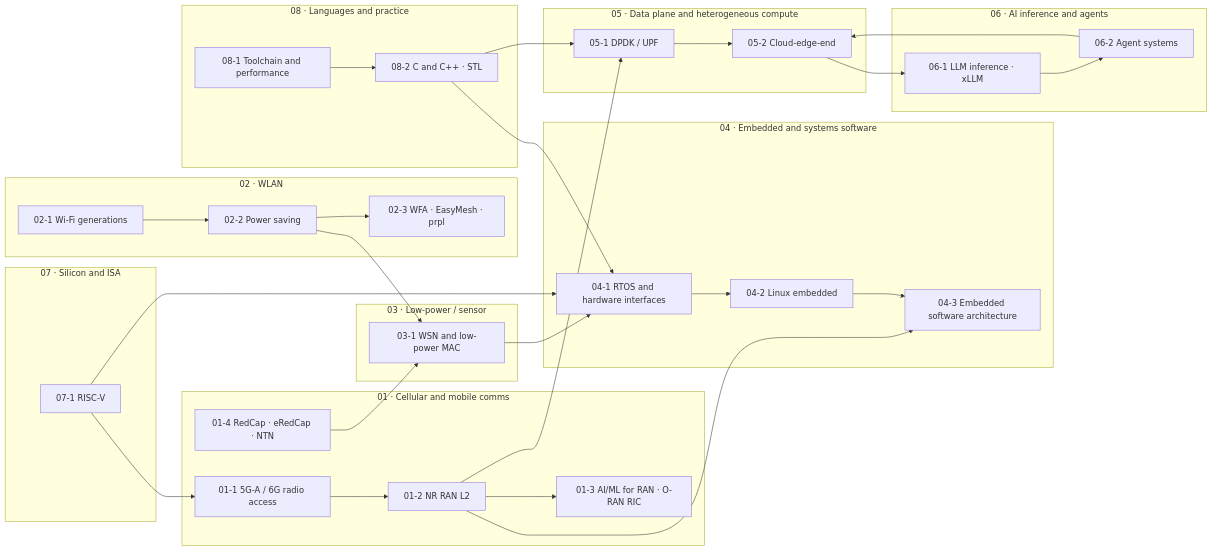
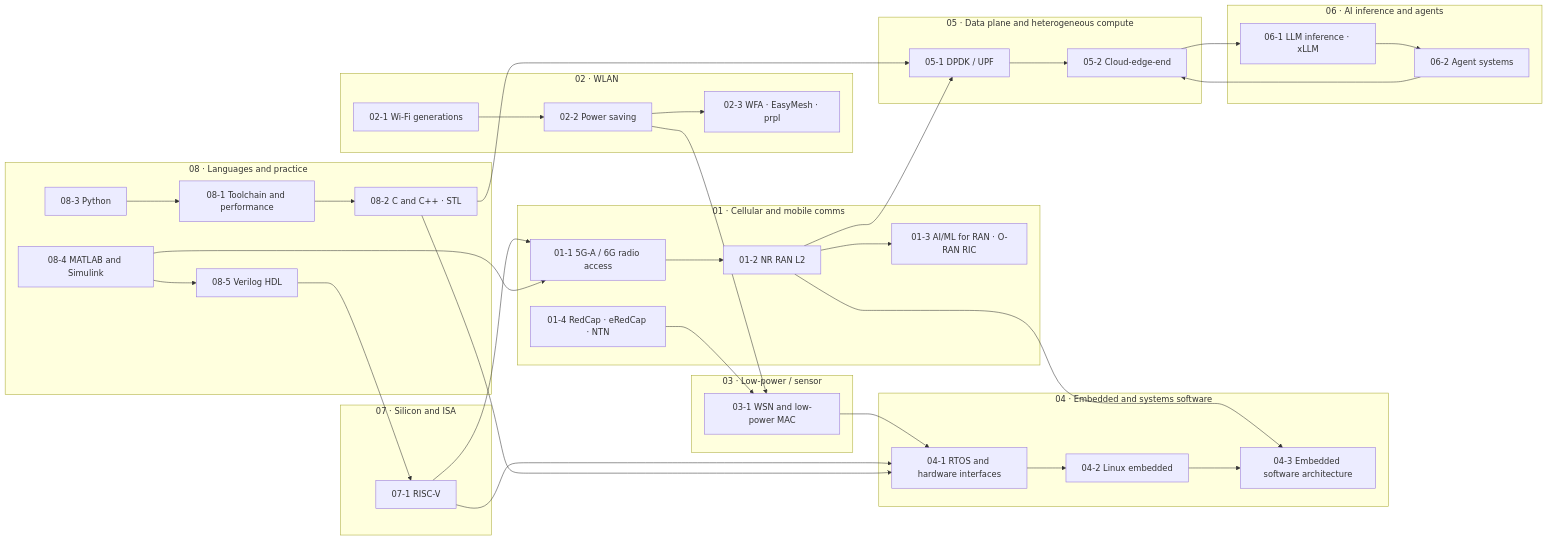
One commit to washingtonxr/xSkills changed the second of 2 diagrams in knowledge-graph/00 MOC - Comms x Compute x AI Knowledge Graph.md. Above: the diagram before and after it, drawn with Mermaid. The commit also changed other lines of this file and 9 other files, not shown here.

Commit message:
Applend my python, verilog dhl, and matlab related notes.

````diff
--- a/knowledge-graph/00 MOC - Comms x Compute x AI Knowledge Graph.md
+++ b/knowledge-graph/00 MOC - Comms x Compute x AI Knowledge Graph.md
@@ -71,52 +71,59 @@
 ```mermaid
 flowchart LR
     subgraph g1["01 · Cellular and mobile comms"]
         c1["01-1 5G-A / 6G radio access"]
         c2["01-2 NR RAN L2"]
         c3["01-3 AI/ML for RAN · O-RAN RIC"]
         c4["01-4 RedCap · eRedCap · NTN"]
     end
     subgraph g2["02 · WLAN"]
         w1["02-1 Wi-Fi generations"]
         w2["02-2 Power saving"]
         w3["02-3 WFA · EasyMesh · prpl"]
     end
     subgraph g3["03 · Low-power / sensor"]
         s1["03-1 WSN and low-power MAC"]
     end
     subgraph g4["04 · Embedded and systems software"]
         e1["04-1 RTOS and hardware interfaces"]
         e2["04-2 Linux embedded"]
         e3["04-3 Embedded software architecture"]
     end
     subgraph g5["05 · Data plane and heterogeneous compute"]
         d1["05-1 DPDK / UPF"]
         d2["05-2 Cloud-edge-end"]
     end
     subgraph g6["06 · AI inference and agents"]
         i1["06-1 LLM inference · xLLM"]
         i2["06-2 Agent systems"]
     end
     subgraph g7["07 · Silicon and ISA"]
         r1["07-1 RISC-V"]
     end
     subgraph g8["08 · Languages and practice"]
         p1["08-1 Toolchain and performance"]
         p2["08-2 C and C++ · STL"]
+        p3["08-3 Python"]
+        p4["08-4 MATLAB and Simulink"]
+        p5["08-5 Verilog HDL"]
     end
 
     c1 --> c2 --> c3
     c2 --> e3
     c4 --> s1
     w1 --> w2 --> w3
     w2 --> s1 --> e1
     e1 --> e2 --> e3
     c2 --> d1 --> d2
     d2 --> i1 --> i2
     i2 --> d2
     r1 --> c1
     r1 --> e1
     p2 --> e1
     p2 --> d1
     p1 --> p2
+    p3 --> p1
+    p4 --> c1
+    p4 --> p5
+    p5 --> r1
 ```
````
